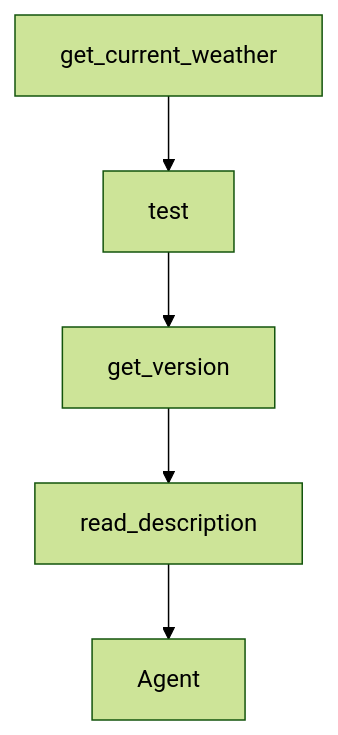
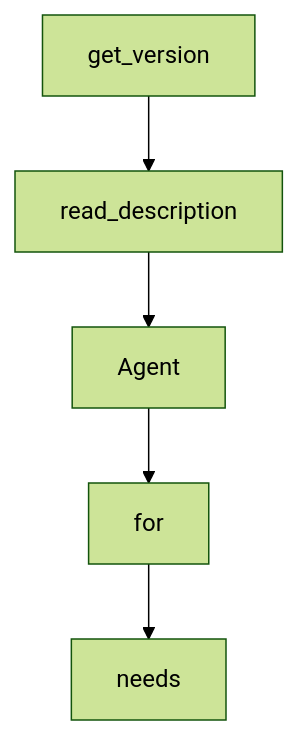
Before and after one commit to johnxie/awesome-code-docs: the diagram in tutorials/qwen-agent-tutorial/01-getting-started.md, drawn with Mermaid (forest theme). The commit also changed other lines of this file and 1232 other files, not shown here.

````diff
--- a/tutorials/qwen-agent-tutorial/01-getting-started.md
+++ b/tutorials/qwen-agent-tutorial/01-getting-started.md
@@ -212,12 +210,12 @@
 ```mermaid
 flowchart TD
-    A[get_current_weather]
-    B[test]
-    C[get_version]
-    D[read_description]
-    E[Agent]
+    A[get_version]
+    B[read_description]
+    C[Agent]
+    D[for]
+    E[needs]
     A --> B
     B --> C
     C --> D
     D --> E
 ```
````
